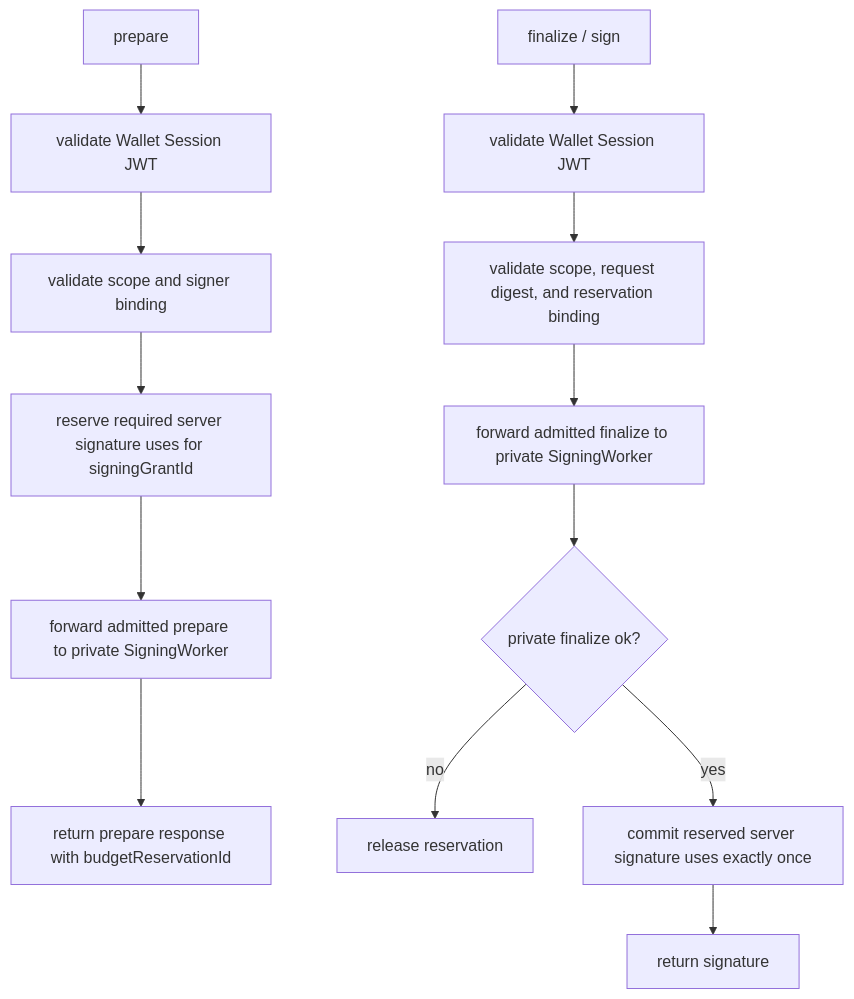
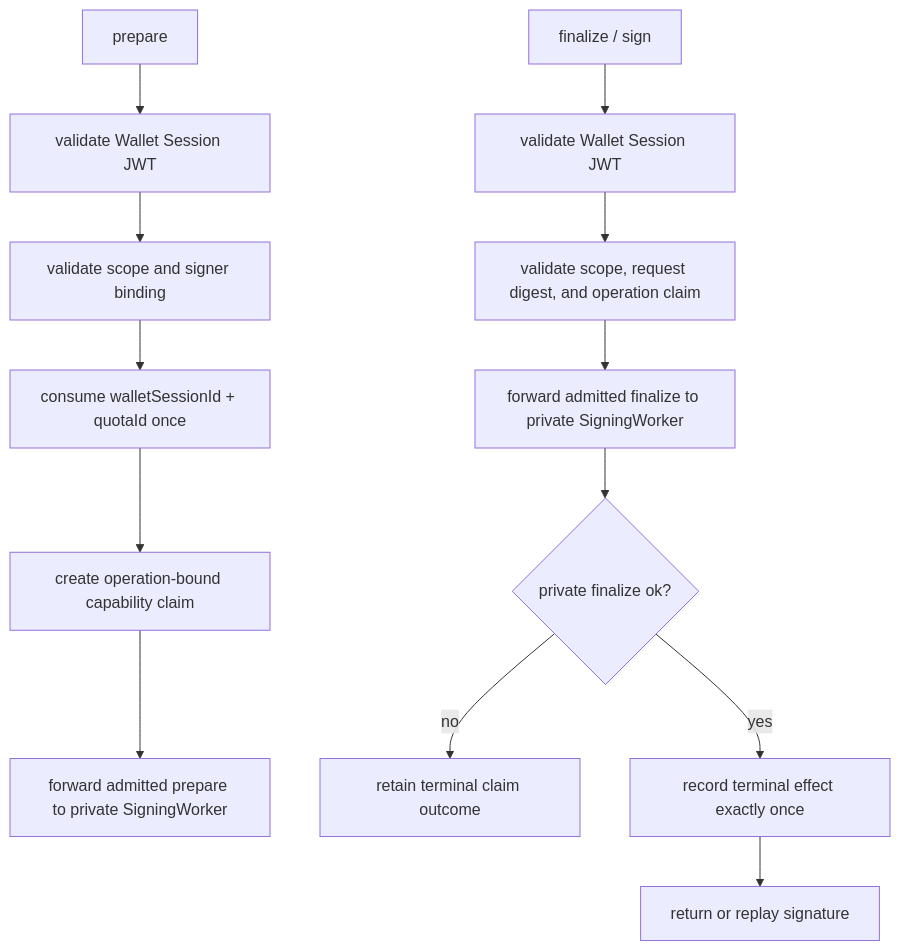
One commit to seams-tech/seams-sdk changed diagram 20 of 22 in docs/router-ab/protocol.md. Above: the diagram before and after it, drawn with Mermaid. The commit also changed other lines of this file and 30 other files, not shown here.

Commit message:
refactor90 close signing grant identity elimination

````diff
--- a/docs/router-ab/protocol.md
+++ b/docs/router-ab/protocol.md
@@ -1732,16 +1731,16 @@
 ```mermaid
 flowchart TD
   P0["prepare"] --> P1["validate Wallet Session JWT"]
   P1 --> P2["validate scope and signer binding"]
-  P2 --> P3["reserve required server signature uses for signingGrantId"]
-  P3 --> P4["forward admitted prepare to private SigningWorker"]
-  P4 --> P5["return prepare response with budgetReservationId"]
+  P2 --> P3["consume walletSessionId + quotaId once"]
+  P3 --> P4["create operation-bound capability claim"]
+  P4 --> P5["forward admitted prepare to private SigningWorker"]
 
   F0["finalize / sign"] --> F1["validate Wallet Session JWT"]
-  F1 --> F2["validate scope, request digest, and reservation binding"]
+  F1 --> F2["validate scope, request digest, and operation claim"]
   F2 --> F3["forward admitted finalize to private SigningWorker"]
   F3 --> F4{"private finalize ok?"}
-  F4 -- "no" --> F5["release reservation"]
-  F4 -- "yes" --> F6["commit reserved server signature uses exactly once"]
-  F6 --> F7["return signature"]
+  F4 -- "no" --> F5["retain terminal claim outcome"]
+  F4 -- "yes" --> F6["record terminal effect exactly once"]
+  F6 --> F7["return or replay signature"]
 ```
````
